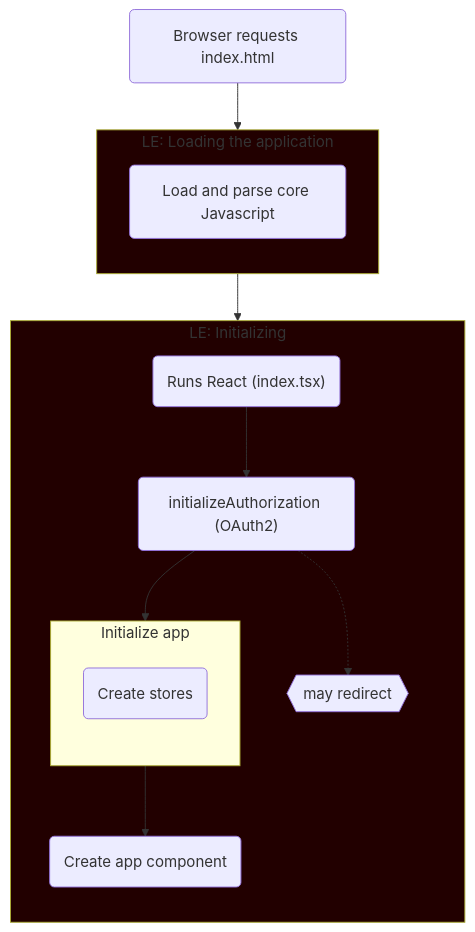
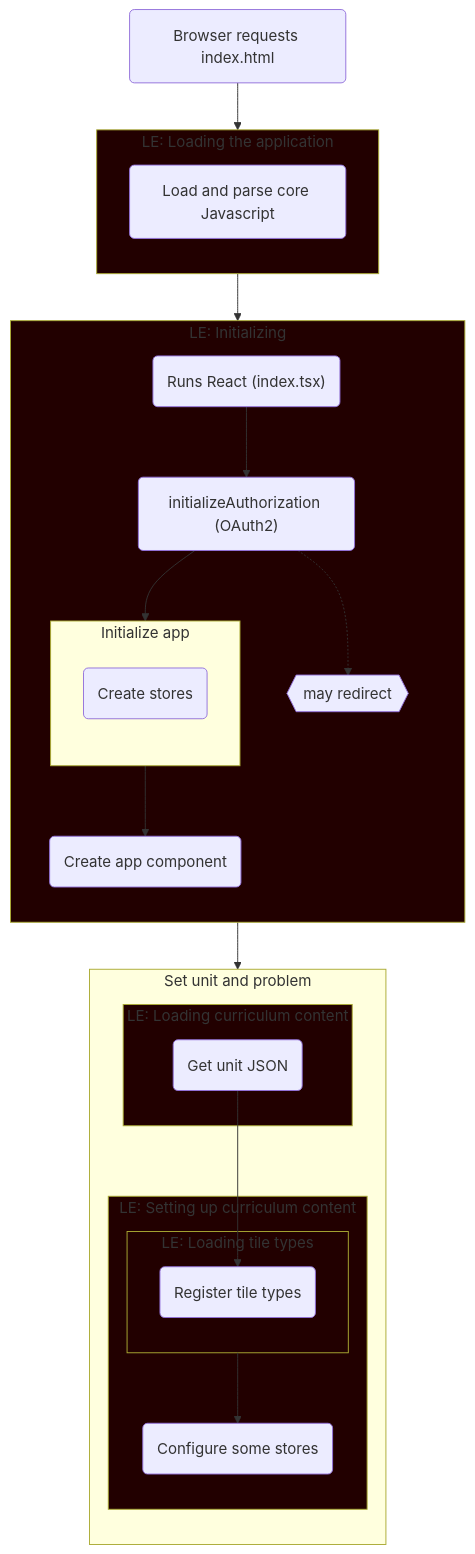
The diagram in docs/mermaid-test.md (concord-consortium/collaborative-learning), drawn with Mermaid before and after one commit.

Commit message:
set unit and problem

````diff
--- a/docs/mermaid-test.md
+++ b/docs/mermaid-test.md
@@ -1,31 +1,50 @@
 ```mermaid
 flowchart TD
   req(Browser requests index.html)
   req --> load
 
   style load fill:#220000
   subgraph load [LE: Loading the application]
     direction TB
     parse(Load and parse core Javascript)
   end
   load --> init
 
   classDef loadingEvent fill:#220000
   class init loadingEvent
   subgraph init [LE: Initializing]
     direction TB
     indextsx("Runs React (index.tsx)")
     indextsx --> ia
     ia("initializeAuthorization (OAuth2)")
     ia -.-> restart{{may redirect}}
     ia --> initapp
     subgraph initapp [Initialize app]
       direction TB
       cs(Create stores)
     end
 
     initapp --> component("Create app component")
 
   end
 
+  initapp --> sup
+  subgraph sup [Set unit and problem]
+    direction TB
+    style loadingCurriculumContent fill:#220000
+    subgraph loadingCurriculumContent [LE: Loading curriculum content]
+      unit(Get unit JSON)
+    end
+    unit --> tiles
+    style settingUpCurriculumContent fill:#220000
+    subgraph settingUpCurriculumContent [LE: Setting up curriculum content]
+      style loadingTileTypes fill:#220000
+      subgraph loadingTileTypes [LE: Loading tile types]
+        tiles(Register tile types)
+      end
+      configStores(Configure some stores)
+      loadingTileTypes --> configStores
+    end
+  end
+
 ```
````
